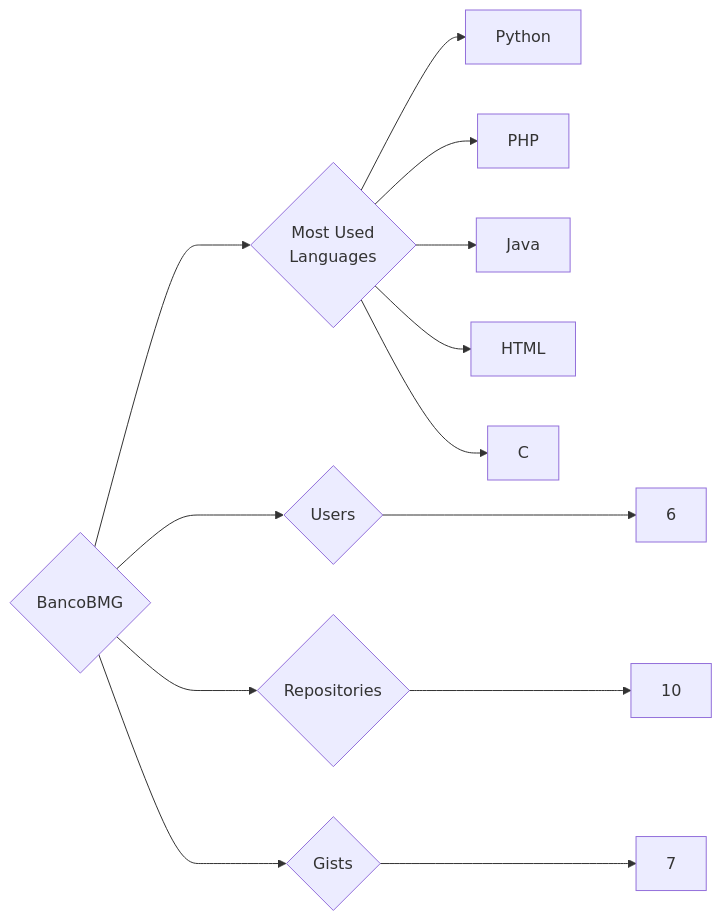
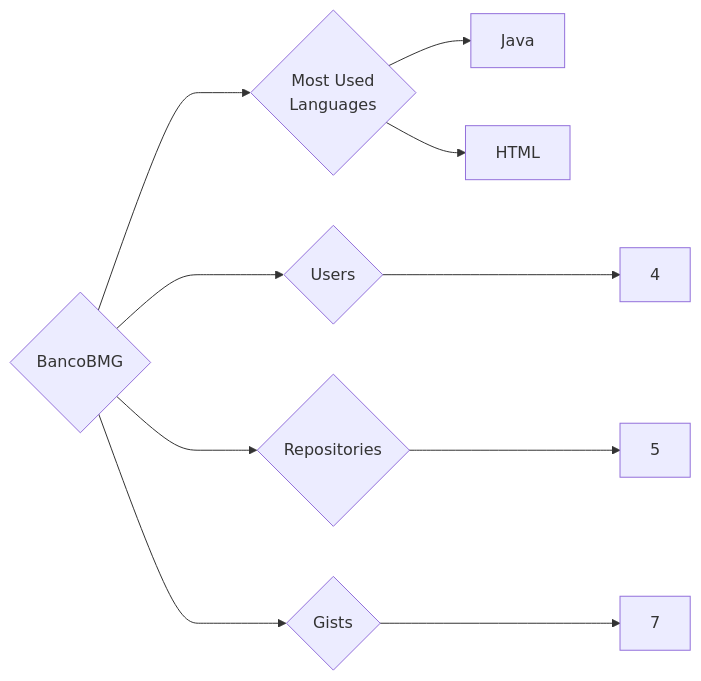
Before and after one commit to trickest/insiders: the diagram in targets/BancoBMG/README.md, drawn with Mermaid. The commit also changed 1088 other files, not shown here.

````diff
--- a/targets/BancoBMG/README.md
+++ b/targets/BancoBMG/README.md
@@ -3,13 +3,10 @@
 ```mermaid
 graph LR
 COMPANY_NAME{BancoBMG}
-COMPANY_NAME ---> U{Users} ---> UN[6]
-COMPANY_NAME ---> R{Repositories} ---> RN[10]
+COMPANY_NAME ---> U{Users} ---> UN[4]
+COMPANY_NAME ---> R{Repositories} ---> RN[5]
 COMPANY_NAME ---> G{Gists} ---> GN[7]
 COMPANY_NAME ---> ML{Most Used<br>Languages}
-ML --> Python[Python]
-ML --> PHP[PHP]
 ML --> Java[Java]
 ML --> HTML[HTML]
-ML --> C[C]
 ```
````
